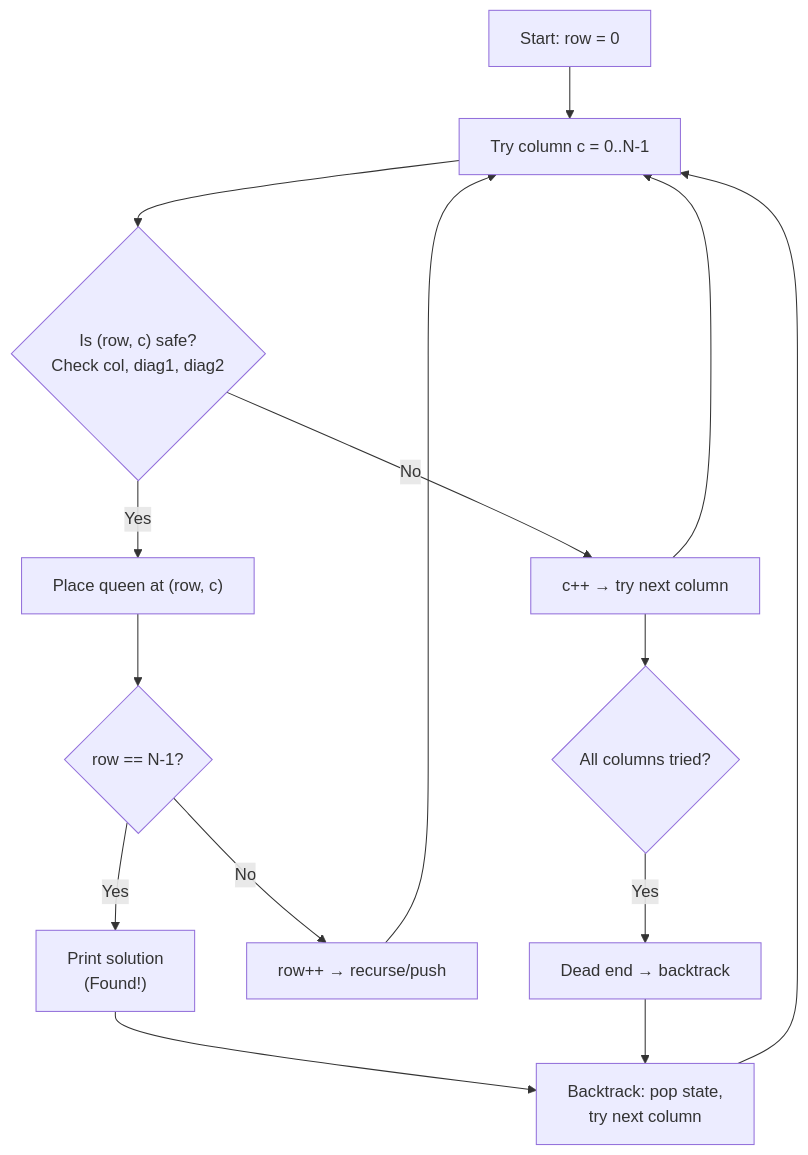
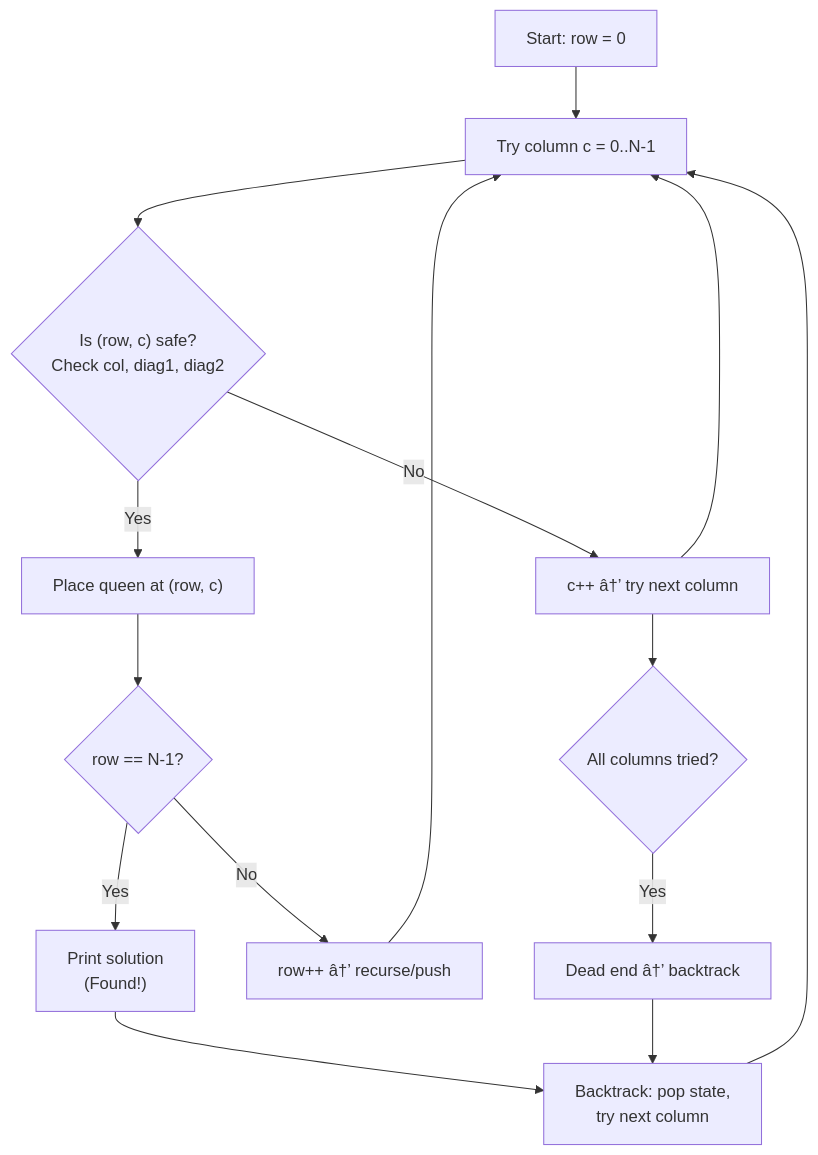
One commit to Raushan666java/ai-engineering-journey changed the second of 2 diagrams in docs/courses/data-structures/05-stacks.md. Above: the diagram before and after it, drawn with Mermaid. The commit also changed other lines of this file and 735 other files, not shown here.

````diff
--- a/docs/courses/data-structures/05-stacks.md
+++ b/docs/courses/data-structures/05-stacks.md
@@ -1868,17 +1868,17 @@
 ```mermaid
 flowchart TD
     Start["Start: row = 0"] --> TryCol["Try column c = 0..N-1"]
     TryCol --> Safe{"Is (row, c) safe?<br/>Check col, diag1, diag2"}
-    Safe -->|No| NextCol["c++ → try next column"]
+    Safe -->|No| NextCol["c++ â†’ try next column"]
     NextCol --> TryCol
     Safe -->|Yes| Place["Place queen at (row, c)"]
     Place --> Check{"row == N-1?"}
     Check -->|Yes| Solution["Print solution<br/>(Found!)"]
-    Check -->|No| NextRow["row++ → recurse/push"]
+    Check -->|No| NextRow["row++ â†’ recurse/push"]
     NextRow --> TryCol
     Solution --> Backtrack["Backtrack: pop state,<br/>try next column"]
     Backtrack --> TryCol
     NextCol --> LastCol{"All columns tried?"}
-    LastCol -->|Yes| DeadEnd["Dead end → backtrack"]
+    LastCol -->|Yes| DeadEnd["Dead end â†’ backtrack"]
     DeadEnd --> Backtrack
 ```
````
